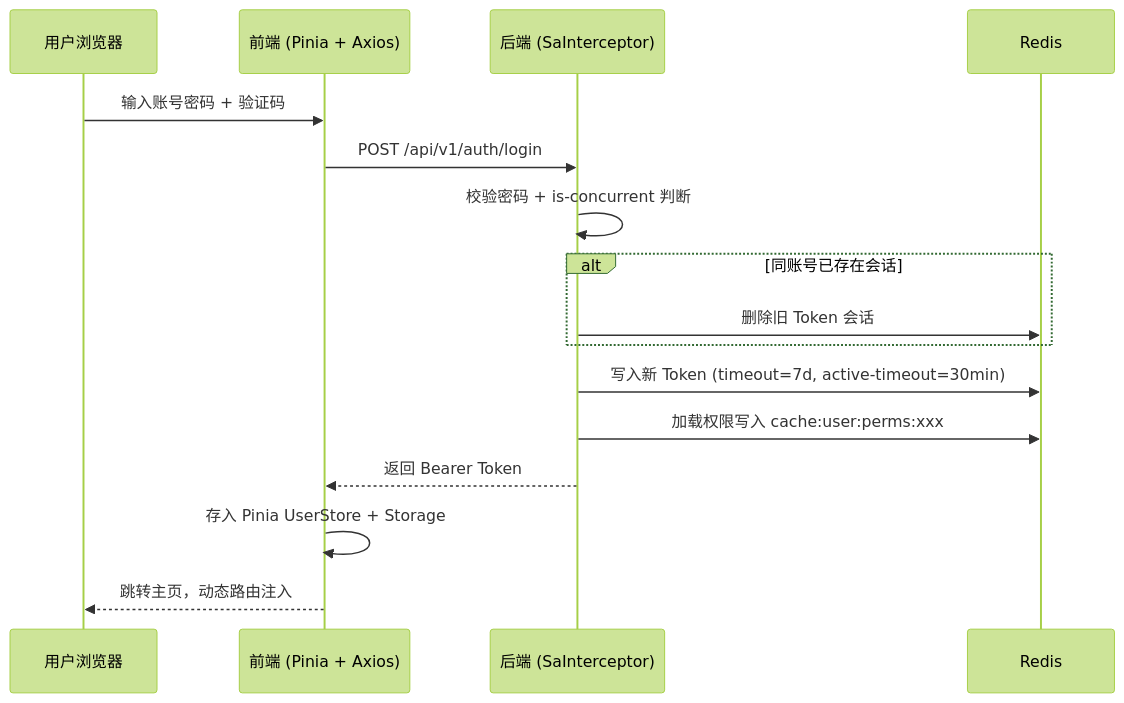
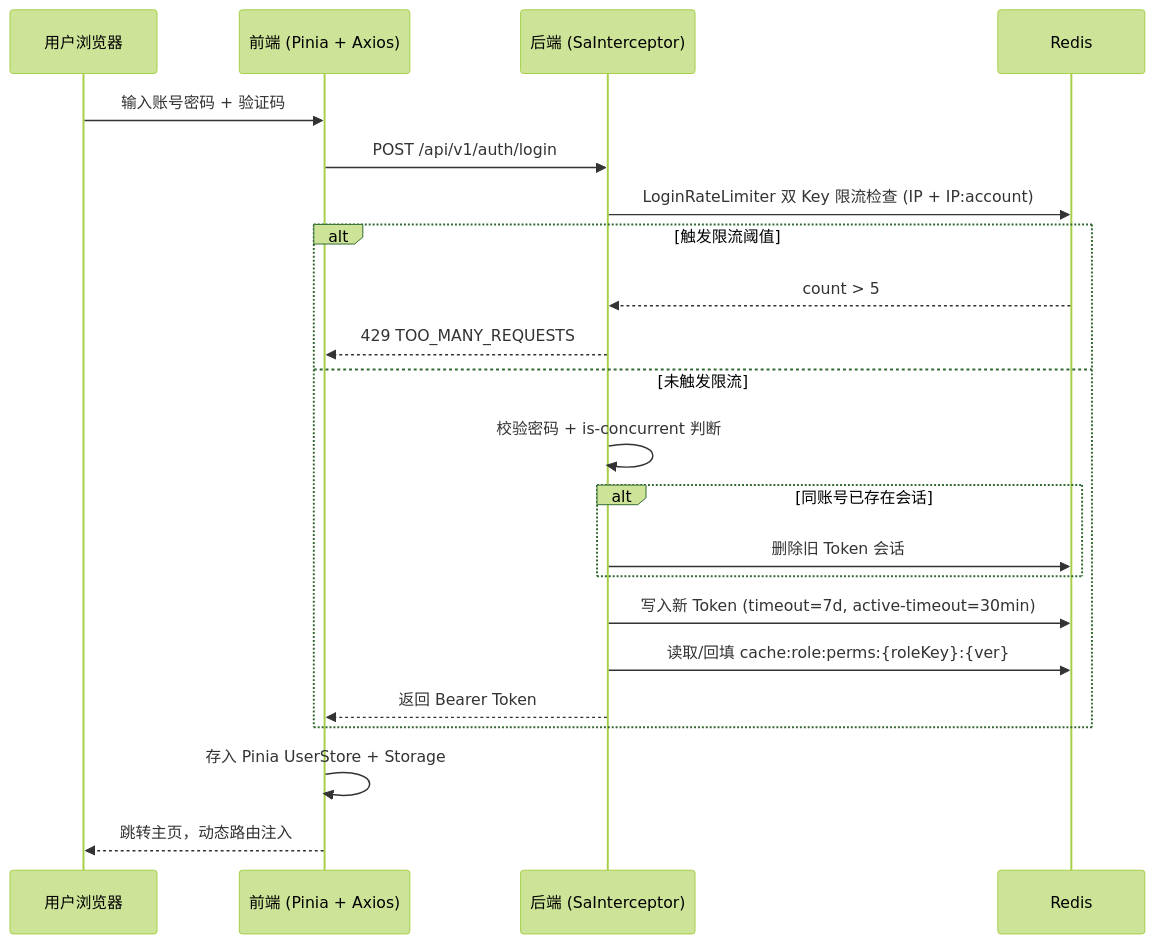
The second of 4 diagrams in docs/RBAC架构.md (qsf0414/digital-employee-java), drawn with Mermaid (forest theme) before and after one commit. The commit also changed other lines of this file, not shown here.

````diff
--- a/docs/RBAC架构.md
+++ b/docs/RBAC架构.md
@@ -49,19 +49,25 @@
 ```mermaid
 sequenceDiagram
     participant U as 用户浏览器
     participant FE as 前端 (Pinia + Axios)
     participant BE as 后端 (SaInterceptor)
     participant Redis as Redis
 
     U->>FE: 输入账号密码 + 验证码
     FE->>BE: POST /api/v1/auth/login
-    BE->>BE: 校验密码 + is-concurrent 判断
-    alt 同账号已存在会话
-        BE->>Redis: 删除旧 Token 会话
+    BE->>Redis: LoginRateLimiter 双 Key 限流检查 (IP + IP:account)
+    alt 触发限流阈值
+        Redis-->>BE: count > 5
+        BE-->>FE: 429 TOO_MANY_REQUESTS
+    else 未触发限流
+        BE->>BE: 校验密码 + is-concurrent 判断
+        alt 同账号已存在会话
+            BE->>Redis: 删除旧 Token 会话
+        end
+        BE->>Redis: 写入新 Token (timeout=7d, active-timeout=30min)
+        BE->>Redis: 读取/回填 cache:role:perms:{roleKey}:{ver}
+        BE-->>FE: 返回 Bearer Token
     end
-    BE->>Redis: 写入新 Token (timeout=7d, active-timeout=30min)
-    BE->>Redis: 加载权限写入 cache:user:perms:xxx
-    BE-->>FE: 返回 Bearer Token
     FE->>FE: 存入 Pinia UserStore + Storage
     FE-->>U: 跳转主页，动态路由注入
 ```
````
